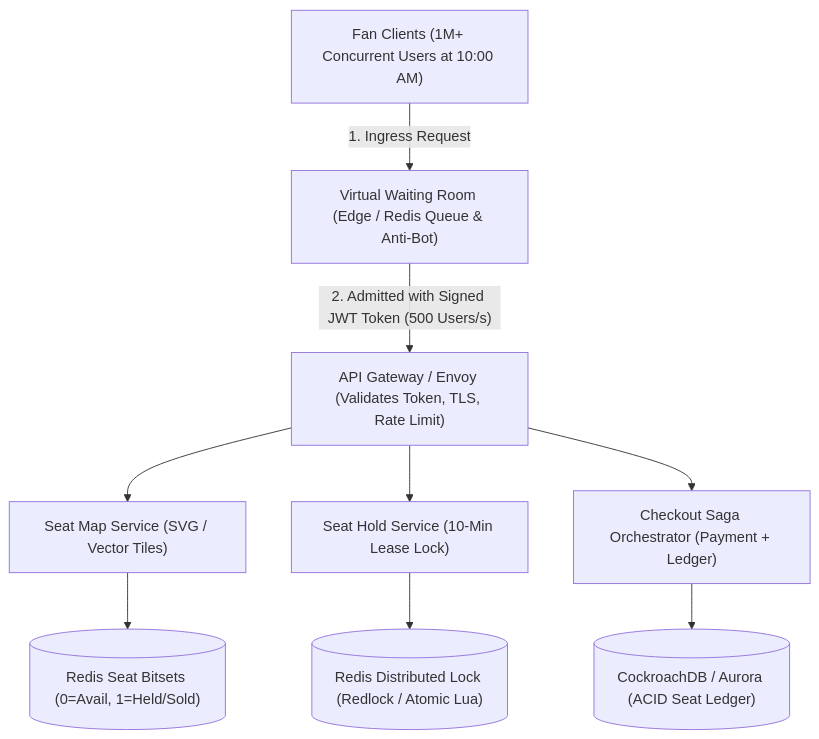
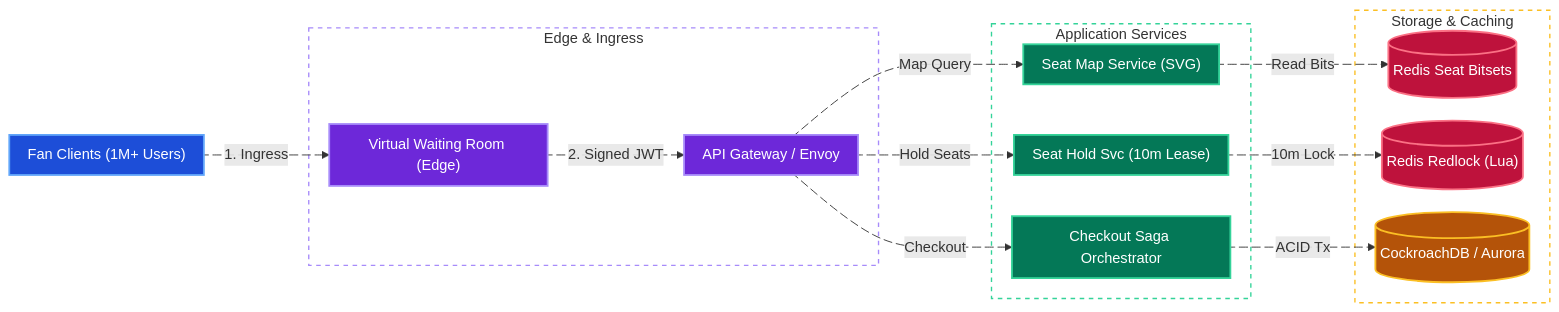
The first of 4 diagrams in system-design/ticketmaster.md (tarunbatta/tech-interview-prep), drawn with Mermaid before and after one commit. The commit also changed other lines of this file and 30 other files, not shown here.

First line of the commit message:
docs(system-design): convert Mermaid flowcharts to LR with colors and animated edges

````diff
--- a/system-design/ticketmaster.md
+++ b/system-design/ticketmaster.md
@@ -56,11 +56,52 @@
 ```mermaid
-flowchart TD
-    Clients["Fan Clients (1M+ Concurrent Users at 10:00 AM)"] -->|"1. Ingress Request"| WaitingRoom["Virtual Waiting Room (Edge / Redis Queue & Anti-Bot)"]
-    WaitingRoom -->|"2. Admitted with Signed JWT Token (500 Users/s)"| Gateway["API Gateway / Envoy (Validates Token, TLS, Rate Limit)"]
-    Gateway --> SeatMapSvc["Seat Map Service (SVG / Vector Tiles)"]
-    Gateway --> SeatHoldSvc["Seat Hold Service (10-Min Lease Lock)"]
-    Gateway --> CheckoutSaga["Checkout Saga Orchestrator (Payment + Ledger)"]
-    SeatMapSvc --> RedisBitset[("Redis Seat Bitsets (0=Avail, 1=Held/Sold)")]
-    SeatHoldSvc --> RedisLock[("Redis Distributed Lock (Redlock / Atomic Lua)")]
-    CheckoutSaga --> TicketDB[("CockroachDB / Aurora (ACID Seat Ledger)")]
+%%{init: {'flowchart': {'nodeSpacing': 25, 'rankSpacing': 45, 'padding': 10}}}%%
+flowchart LR
+    Clients["Fan Clients (1M+ Users)"]
+    subgraph EdgeTier["Edge & Ingress"]
+        WaitingRoom["Virtual Waiting Room (Edge)"]
+        Gateway["API Gateway / Envoy"]
+    end
+    subgraph AppBackend["Application Services"]
+        SeatMapSvc["Seat Map Service (SVG)"]
+        SeatHoldSvc["Seat Hold Svc (10m Lease)"]
+        CheckoutSaga["Checkout Saga Orchestrator"]
+    end
+    subgraph DataLayer["Storage & Caching"]
+        RedisBitset[("Redis Seat Bitsets")]
+        RedisLock[("Redis Redlock (Lua)")]
+        TicketDB[("CockroachDB / Aurora")]
+    end
+    Clients e1@-->|"1. Ingress"| WaitingRoom
+    WaitingRoom e2@-->|"2. Signed JWT"| Gateway
+    Gateway e3@-->|"Map Query"| SeatMapSvc
+    Gateway e4@-->|"Hold Seats"| SeatHoldSvc
+    Gateway e5@-->|"Checkout"| CheckoutSaga
+    SeatMapSvc e6@-->|"Read Bits"| RedisBitset
+    SeatHoldSvc e7@-->|"10m Lock"| RedisLock
+    CheckoutSaga e8@-->|"ACID Tx"| TicketDB
+
+    e1@{ animate: true }
+    e2@{ animate: true }
+    e3@{ animate: true }
+    e4@{ animate: true }
+    e5@{ animate: true }
+    e6@{ animate: true }
+    e7@{ animate: true }
+    e8@{ animate: true }
+
+    classDef client fill:#1d4ed8,stroke:#60a5fa,stroke-width:2px,color:#ffffff
+    classDef edge fill:#6d28d9,stroke:#a78bfa,stroke-width:2px,color:#ffffff
+    classDef service fill:#047857,stroke:#34d399,stroke-width:2px,color:#ffffff
+    classDef cache fill:#be123c,stroke:#fb7185,stroke-width:2px,color:#ffffff
+    classDef storage fill:#b45309,stroke:#fbbf24,stroke-width:2px,color:#ffffff
+
+    class Clients client
+    class WaitingRoom,Gateway edge
+    class SeatMapSvc,SeatHoldSvc,CheckoutSaga service
+    class RedisBitset,RedisLock cache
+    class TicketDB storage
+
+    style EdgeTier fill:transparent,stroke:#a78bfa,stroke-width:1.5px,stroke-dasharray: 5 5
+    style AppBackend fill:transparent,stroke:#34d399,stroke-width:1.5px,stroke-dasharray: 5 5
+    style DataLayer fill:transparent,stroke:#fbbf24,stroke-width:1.5px,stroke-dasharray: 5 5
 ```
````
